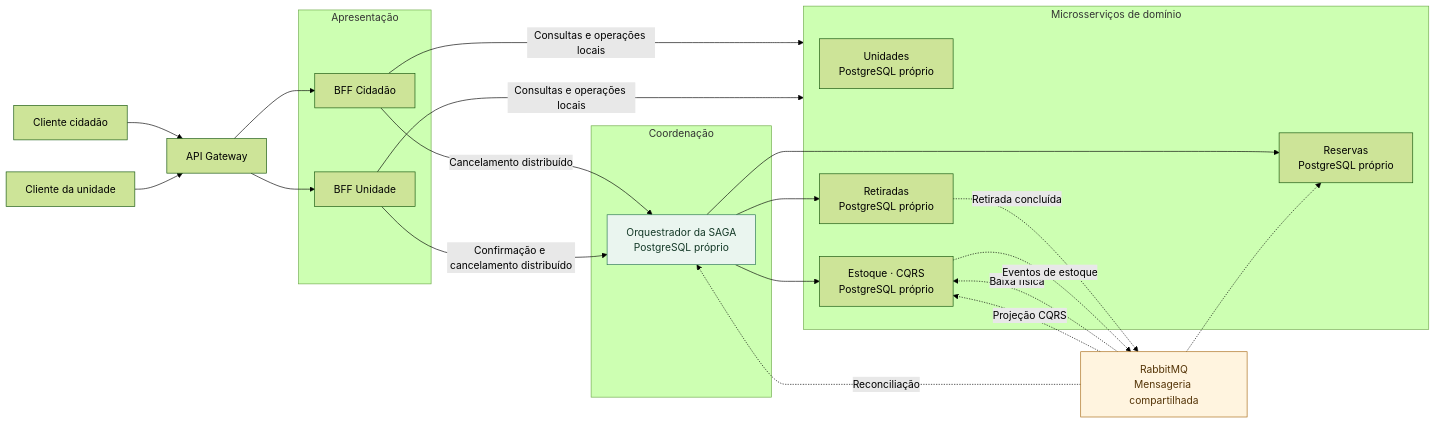
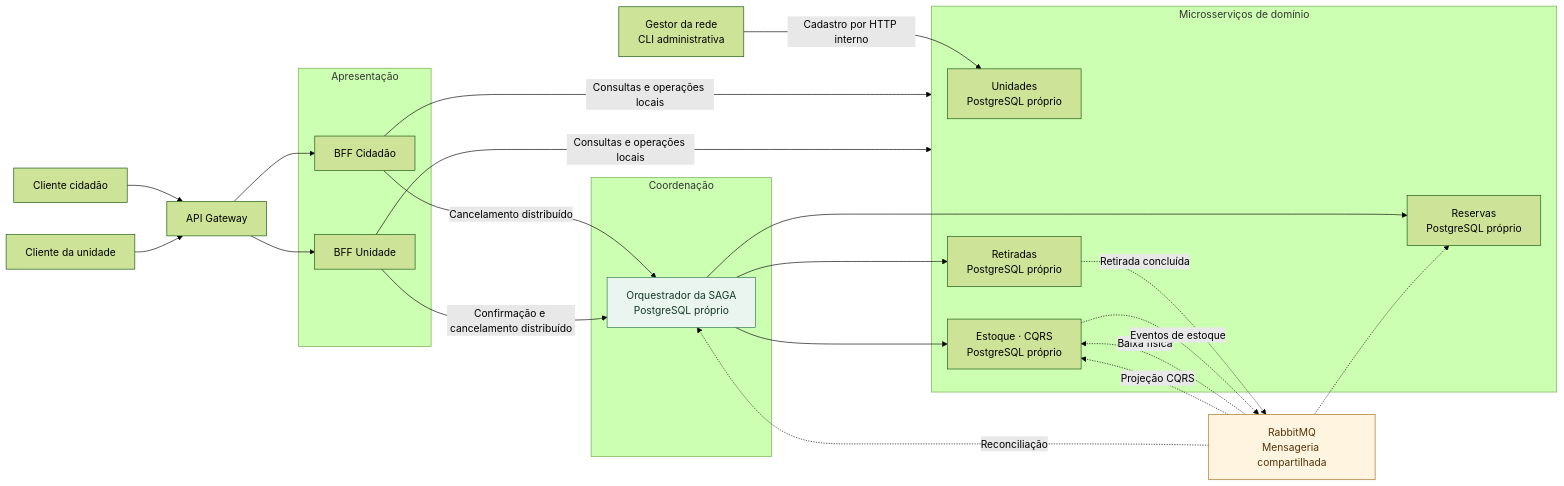
The diagram in docs/parte-2/02-diagrama-arquitetura.md (ArthurDp78/GlicoAcesso), drawn with Mermaid (forest theme) before and after one commit. The commit also changed other lines of this file and 2 other files, not shown here.

First line of the commit message:
docs(arquitetura): registrar os caminhos do gestor e do profissional

````diff
--- a/docs/parte-2/02-diagrama-arquitetura.md
+++ b/docs/parte-2/02-diagrama-arquitetura.md
@@ -12,45 +12,46 @@
 ```mermaid
 flowchart LR
     C["Cliente cidadão"] --> G["API Gateway"]
     P["Cliente da unidade"] --> G
 
     subgraph BFFS["Apresentação"]
         BC["BFF Cidadão"]
         BU["BFF Unidade"]
     end
 
     G --> BC
     G --> BU
 
     subgraph COORD["Coordenação"]
         O["Orquestrador da SAGA<br/>PostgreSQL próprio"]
     end
 
     subgraph DOM["Microsserviços de domínio"]
         U["Unidades<br/>PostgreSQL próprio"]
         R["Reservas<br/>PostgreSQL próprio"]
         E["Estoque · CQRS<br/>PostgreSQL próprio"]
         T["Retiradas<br/>PostgreSQL próprio"]
     end
 
     BC -->|"Consultas e operações locais"| DOM
     BU -->|"Consultas e operações locais"| DOM
+    A["Gestor da rede<br/>CLI administrativa"] -->|"Cadastro por HTTP interno"| U
     BC -->|"Cancelamento distribuído"| O
     BU -->|"Confirmação e cancelamento distribuído"| O
     O --> R
     O --> E
     O --> T
 
     MQ["RabbitMQ<br/>Mensageria compartilhada"]
     T -.->|"Retirada concluída"| MQ
     MQ -.-> R
     MQ -.->|"Baixa física"| E
     MQ -.->|"Reconciliação"| O
     E -.->|"Eventos de estoque"| MQ
     MQ -.->|"Projeção CQRS"| E
 
     classDef coordenacao fill:#eaf5ef,stroke:#287452,color:#143927
     classDef mensageria fill:#fff4df,stroke:#a76a14,color:#543407
     class O coordenacao
     class MQ mensageria
 ```
````
